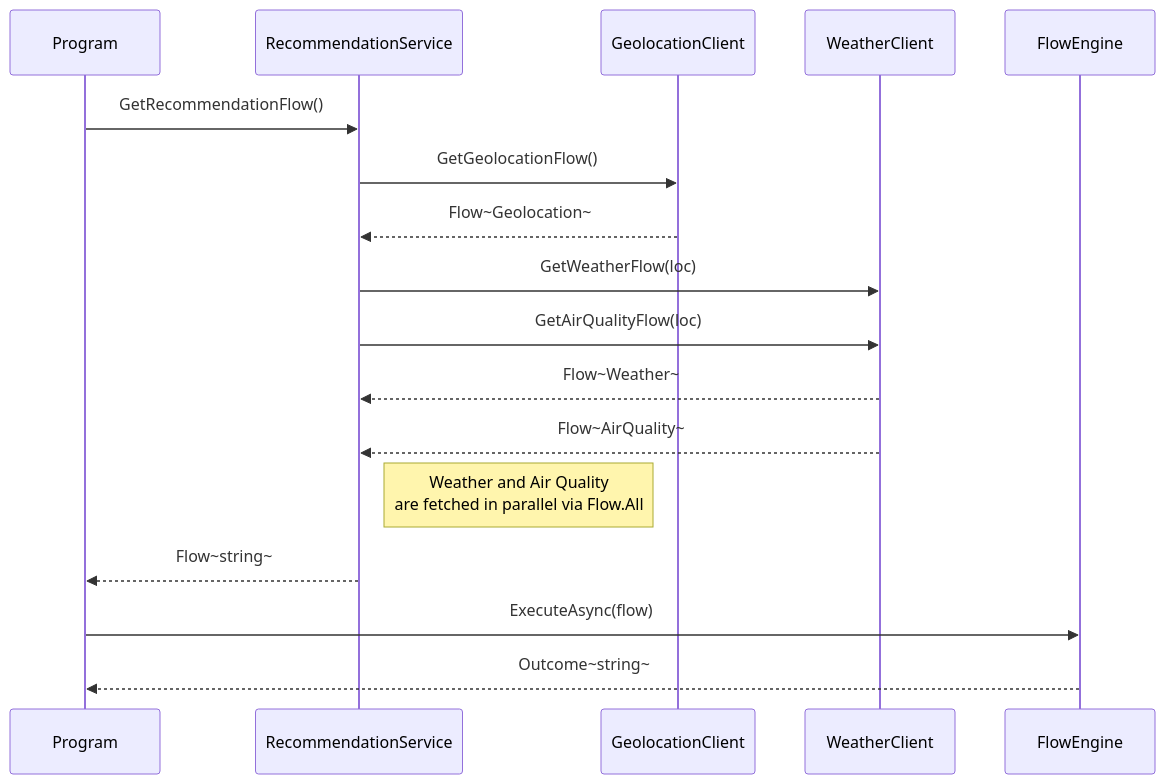
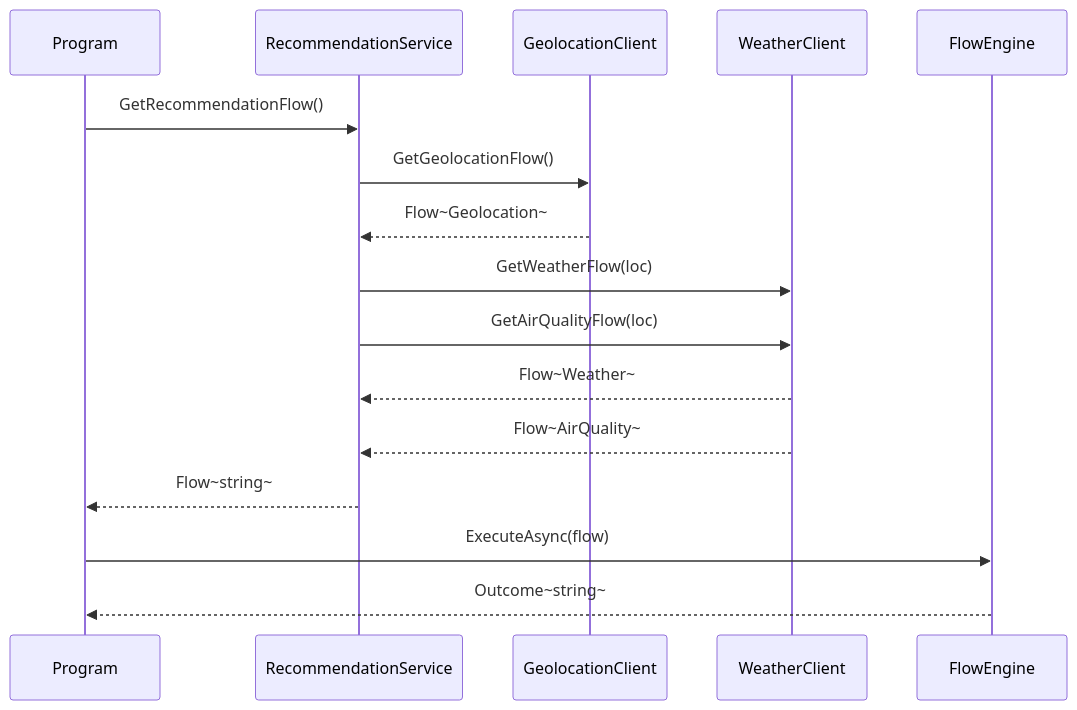
Before and after one commit to bahmanm/BahmanM.Flow: the second of 2 diagrams in examples/ShouldIGoOutside/README.md, drawn with Mermaid.

````diff
--- a/examples/ShouldIGoOutside/README.md
+++ b/examples/ShouldIGoOutside/README.md
@@ -26,19 +26,18 @@
 ```mermaid
 sequenceDiagram
     participant P as Program
     participant R as RecommendationService
     participant G as GeolocationClient
     participant W as WeatherClient
 
     P->>R: GetRecommendationFlow()
     R->>G: GetGeolocationFlow()
     G-->>R: Flow~Geolocation~
     R->>W: GetWeatherFlow(loc)
     R->>W: GetAirQualityFlow(loc)
     W-->>R: Flow~Weather~
     W-->>R: Flow~AirQuality~
-    Note right of R: Weather and Air Quality<br/>are fetched in parallel via Flow.All
     R-->>P: Flow~string~
     P->>FlowEngine: ExecuteAsync(flow)
     FlowEngine-->>P: Outcome~string~
 ```
````
